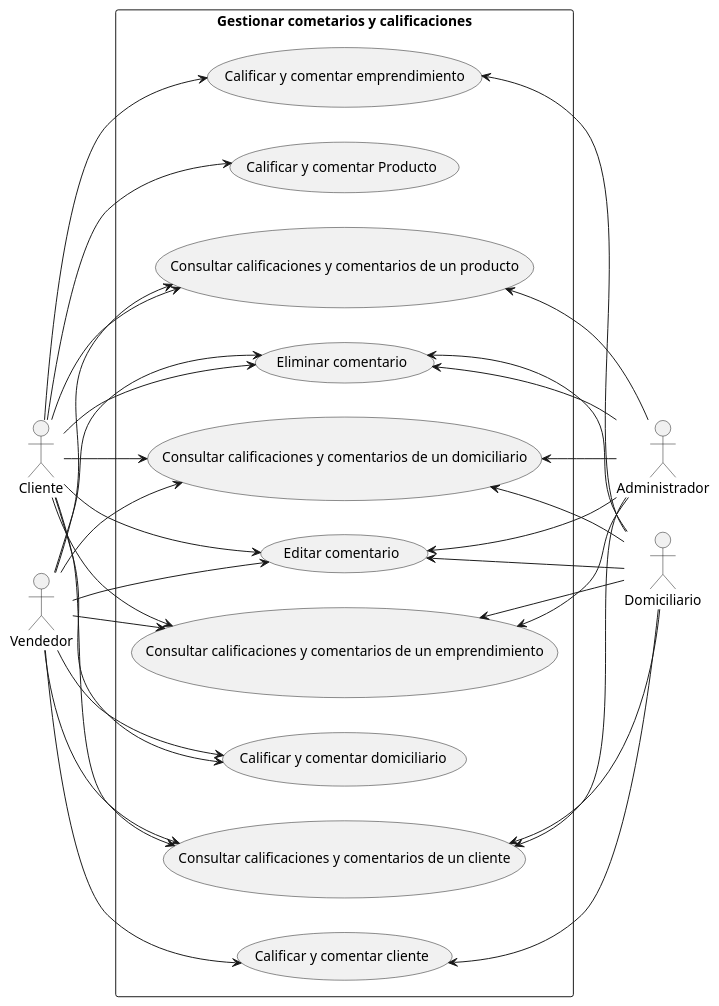
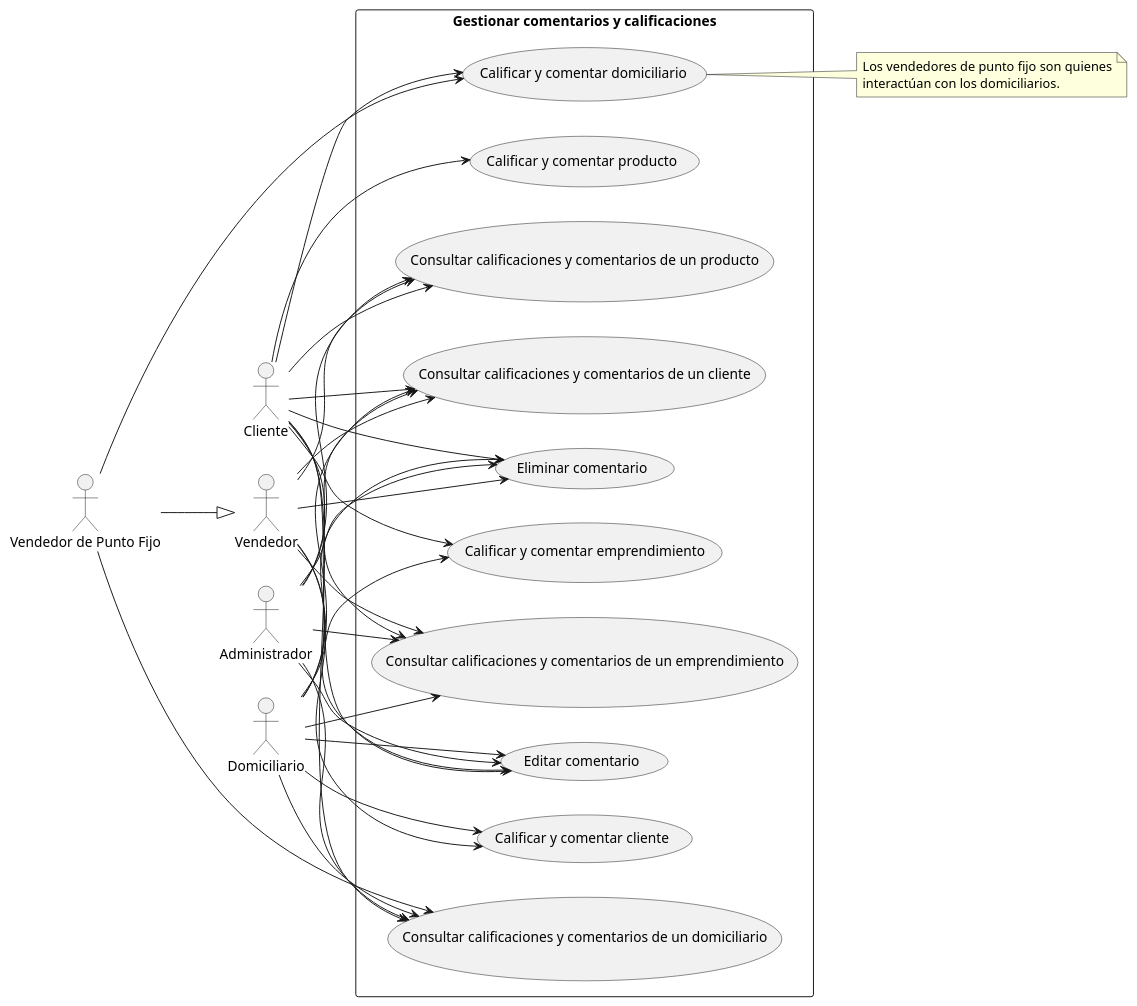
Before and after one commit to RAAR-18/napa: the diagram in casos de uso/gestionar_comentarios_calificaciones.puml, drawn with PlantUML. The commit also changed 130 other files, not shown here.

```diff
--- a/casos de uso/gestionar_comentarios_calificaciones.puml
+++ b/casos de uso/gestionar_comentarios_calificaciones.puml
@@ -1,58 +1,66 @@
 @startuml
 
 left to right direction
 
 actor "Cliente" as c
 actor "Vendedor" as v
+actor "Vendedor de Punto Fijo" as vpf
 actor "Domiciliario" as d
 actor "Administrador" as adm
 
-rectangle "Gestionar cometarios y calificaciones" {
+vpf --|> v
+
+rectangle "Gestionar comentarios y calificaciones" {
     usecase "Calificar y comentar emprendimiento" as UC1
-    usecase "Calificar y comentar Producto" as UC2
+    usecase "Calificar y comentar producto" as UC2
     usecase "Calificar y comentar domiciliario" as UC3
     usecase "Calificar y comentar cliente" as UC4
     usecase "Consultar calificaciones y comentarios de un emprendimiento" as UC5
     usecase "Consultar calificaciones y comentarios de un producto" as UC6
     usecase "Consultar calificaciones y comentarios de un domiciliario" as UC7
     usecase "Consultar calificaciones y comentarios de un cliente" as UC8
     usecase "Eliminar comentario" as UC9
     usecase "Editar comentario" as UC10
 }
 
 c --> UC1
 c --> UC2
 c --> UC3
 c --> UC5
 c --> UC6
 c --> UC7
 c --> UC8
 c --> UC9
 c --> UC10
 
-v --> UC3
 v --> UC4
 v --> UC5
 v --> UC6
-v --> UC7
 v --> UC8
 v --> UC9
 v --> UC10
 
+vpf --> UC3
+vpf --> UC7
 
-UC1 <-- d
-UC4 <-- d
-UC5 <-- d
-UC7 <-- d
-UC8 <-- d
-UC9 <-- d
-UC10 <-- d
+d --> UC1
+d --> UC4
+d --> UC5
+d --> UC7
+d --> UC8
+d --> UC9
+d --> UC10
 
-UC9 <-- adm
-UC10 <-- adm
-UC5 <-- adm
-UC6 <-- adm
-UC7 <-- adm
-UC8 <-- adm
+adm --> UC5
+adm --> UC6
+adm --> UC7
+adm --> UC8
+adm --> UC9
+adm --> UC10
+
+note right of UC3
+  Los vendedores de punto fijo son quienes
+  interactúan con los domiciliarios.
+end note
 
 @enduml
```
